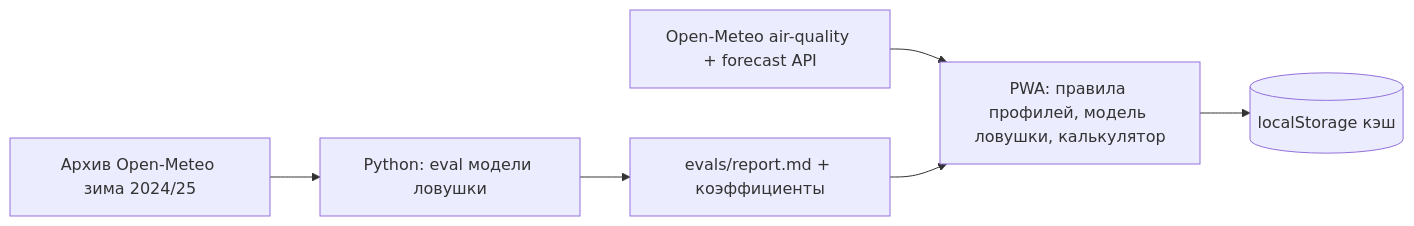
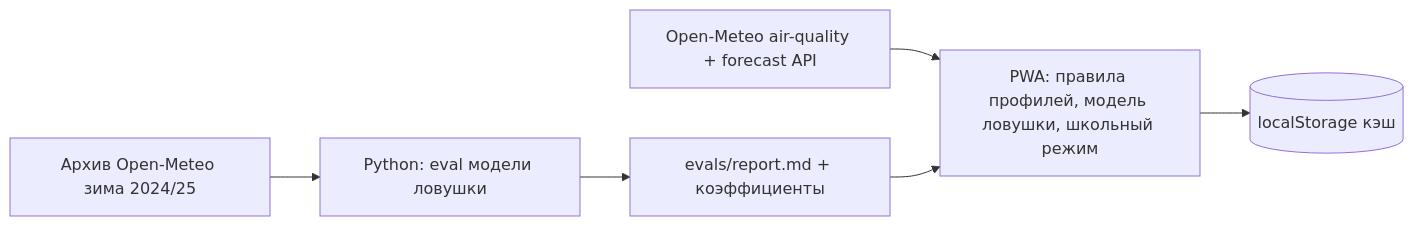
The diagram in docs/SPEC.md (skibidist1/taza-tynys), drawn with Mermaid before and after one commit. The commit also changed other lines of this file and 15 other files, not shown here.

````diff
--- a/docs/SPEC.md
+++ b/docs/SPEC.md
@@ -41,7 +45,7 @@
 ```mermaid
 flowchart LR
-  OM[Open-Meteo air-quality + forecast API] --> APP[PWA: правила профилей, модель ловушки, калькулятор]
+  OM[Open-Meteo air-quality + forecast API] --> APP[PWA: правила профилей, модель ловушки, школьный режим]
   APP --> C[(localStorage кэш)]
   H[Архив Open-Meteo зима 2024/25] --> E[Python: eval модели ловушки] --> R[evals/report.md + коэффициенты]
   R --> APP
 ```
````
